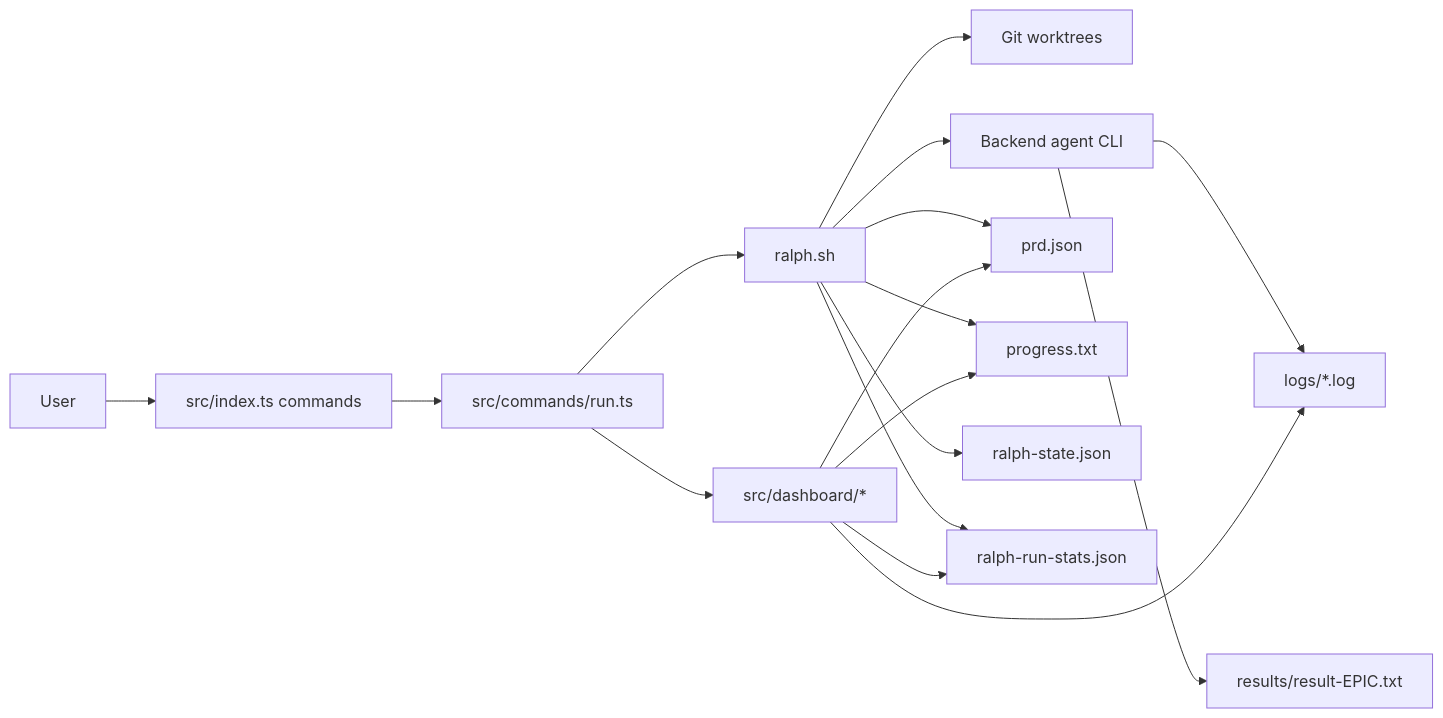
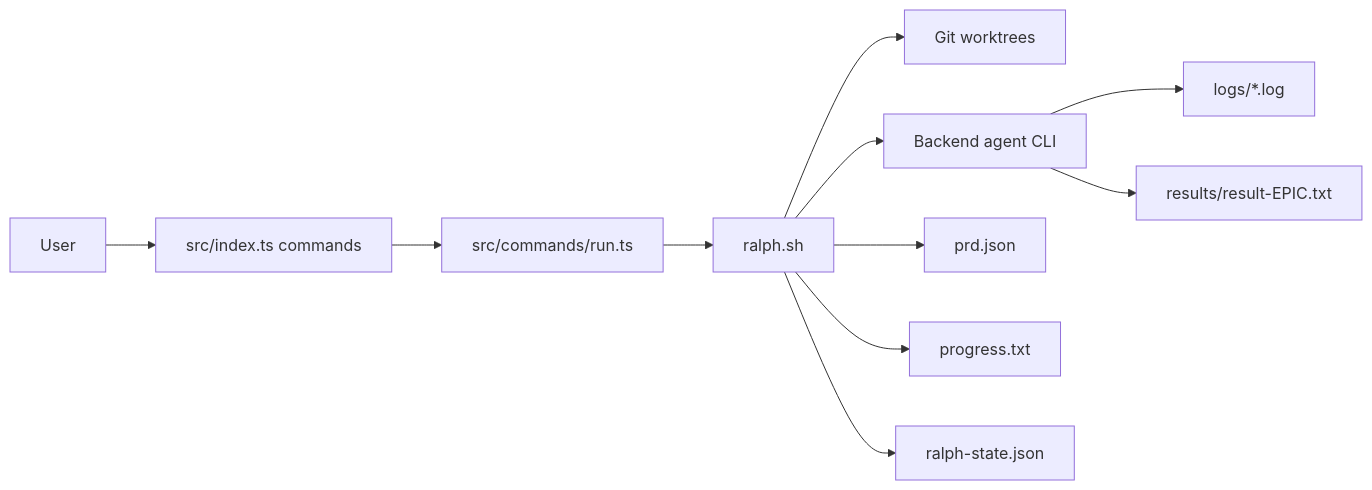
Before and after one commit to tuansondinh/ralph-teams: the diagram in architecture.md, drawn with Mermaid. The commit also changed other lines of this file and 51 other files, not shown here.

````diff
--- a/architecture.md
+++ b/architecture.md
@@ -25,19 +25,13 @@
 ```mermaid
 flowchart LR
     U[User] --> CLI[src/index.ts commands]
     CLI --> RUN[src/commands/run.ts]
     RUN --> SH[ralph.sh]
     SH --> WT[Git worktrees]
     SH --> AGENTS[Backend agent CLI]
     AGENTS --> LOGS[logs/*.log]
     AGENTS --> RESULT[results/result-EPIC.txt]
     SH --> PRD[prd.json]
     SH --> PROGRESS[progress.txt]
     SH --> STATE[ralph-state.json]
-    SH --> STATS[ralph-run-stats.json]
-    RUN --> DASH[src/dashboard/*]
-    DASH --> PRD
-    DASH --> PROGRESS
-    DASH --> LOGS
-    DASH --> STATS
 ```
````
